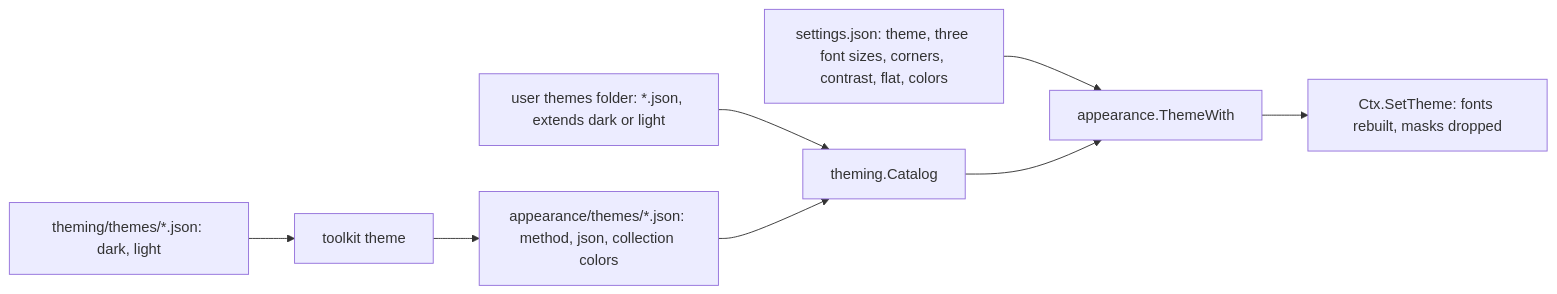
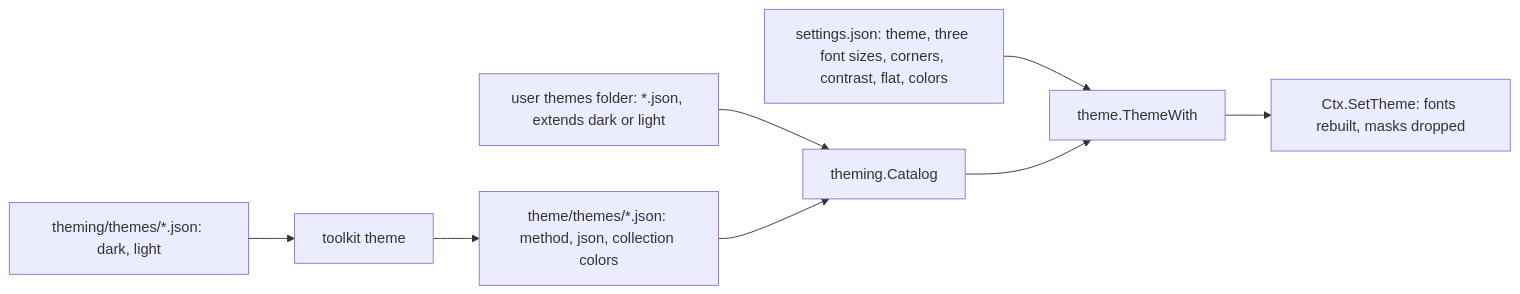
The diagram in .harness/style.md (gascoigne-ai/gascoigne-workshop), drawn with Mermaid before and after one commit. The commit also changed other lines of this file and 30 other files, not shown here.

First line of the commit message:
refactor(settings): appearance model no longer imports the toolkit

````diff
--- a/.harness/style.md
+++ b/.harness/style.md
@@ -212,10 +212,10 @@
 ```mermaid
 flowchart LR
   builtin["theming/themes/*.json: dark, light"] --> base["toolkit theme"]
-  base --> appth["appearance/themes/*.json: method, json, collection colors"]
+  base --> appth["theme/themes/*.json: method, json, collection colors"]
   user["user themes folder: *.json, extends dark or light"] --> catalog["theming.Catalog"]
   appth --> catalog
-  settings["settings.json: theme, three font sizes, corners, contrast, flat, colors"] --> prefs["appearance.ThemeWith"]
+  settings["settings.json: theme, three font sizes, corners, contrast, flat, colors"] --> prefs["theme.ThemeWith"]
   catalog --> prefs
   prefs --> ctx["Ctx.SetTheme: fonts rebuilt, masks dropped"]
 ```
````
